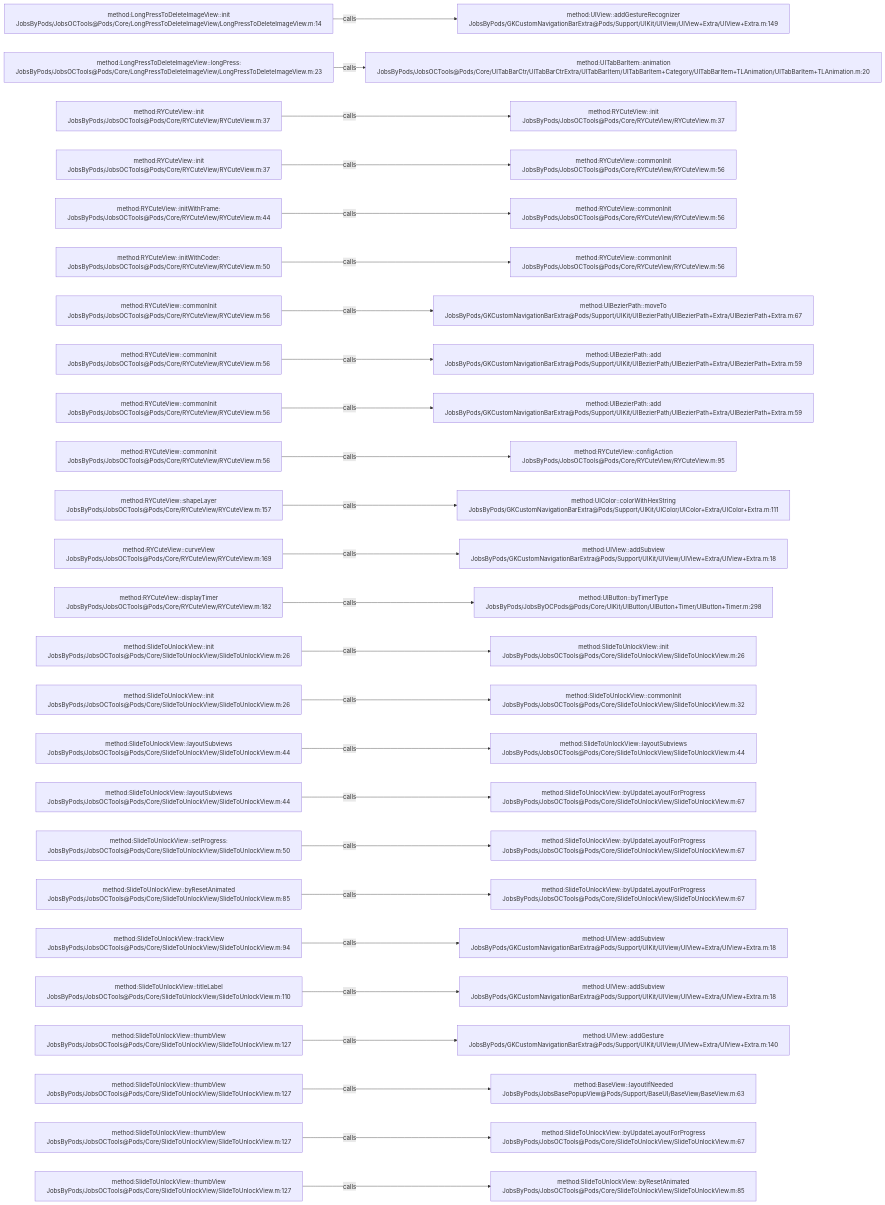
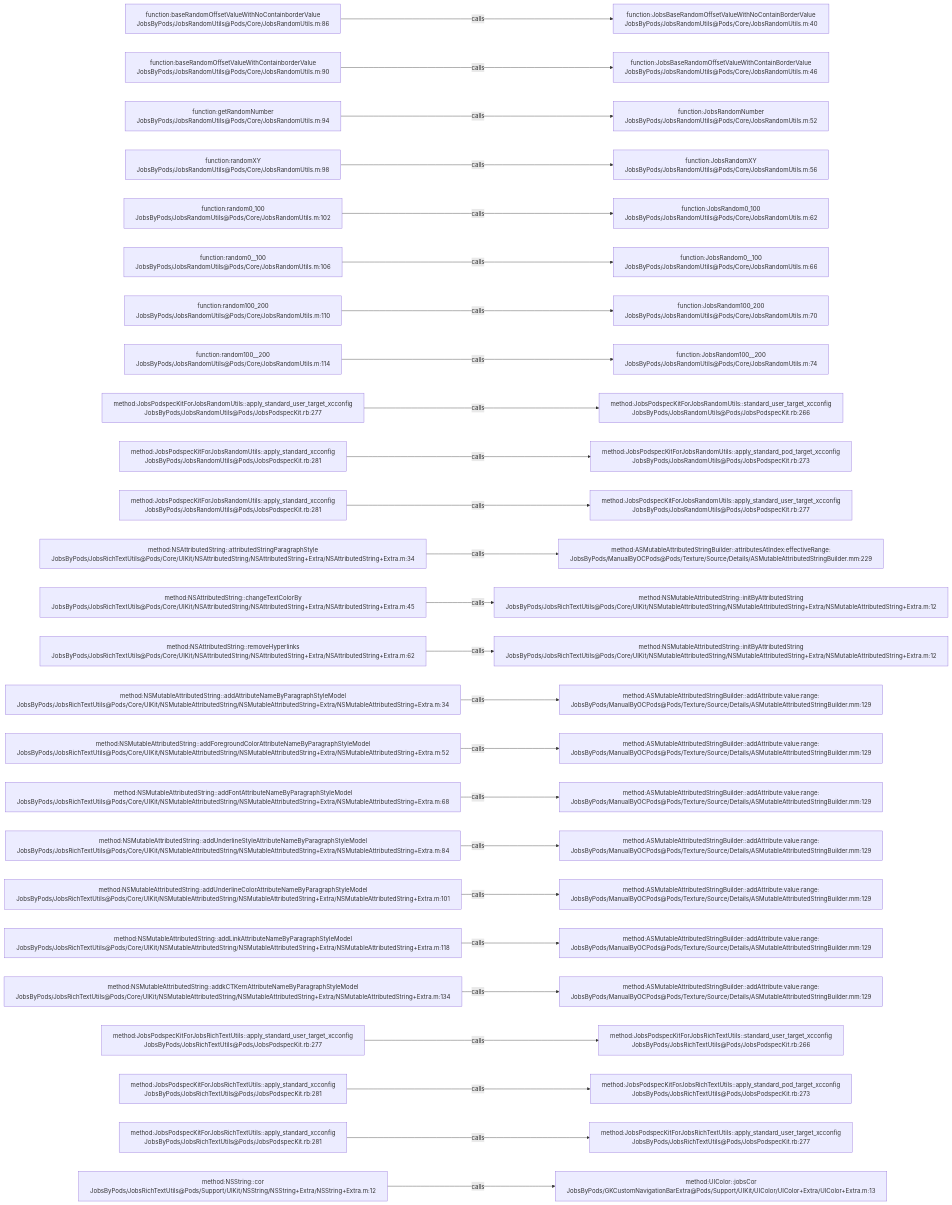
One commit to JobsKits/JobsOCBaseConfigDemo changed the diagram in .codegraph/codegraph.md/graphs/calls-158.md. Above: the diagram before and after it, drawn with Mermaid. The commit also changed 639 other files, not shown here.

````diff
--- a/.codegraph/codegraph.md/graphs/calls-158.md
+++ b/.codegraph/codegraph.md/graphs/calls-158.md
@@ -13,78 +13,78 @@
 ```mermaid
 flowchart LR
-  S1["method:LongPressToDeleteImageView::init<br/>JobsByPods/JobsOCTools@Pods/Core/LongPressToDeleteImageView/LongPressToDeleteImageView.m:14"]
-  T1["method:UIView::addGestureRecognizer<br/>JobsByPods/GKCustomNavigationBarExtra@Pods/Support/UIKit/UIView/UIView+Extra/UIView+Extra.m:149"]
+  S1["function:baseRandomOffsetValueWithNoContainborderValue<br/>JobsByPods/JobsRandomUtils@Pods/Core/JobsRandomUtils.m:86"]
+  T1["function:JobsBaseRandomOffsetValueWithNoContainBorderValue<br/>JobsByPods/JobsRandomUtils@Pods/Core/JobsRandomUtils.m:40"]
   S1 -->|calls| T1
-  S2["method:LongPressToDeleteImageView::longPress:<br/>JobsByPods/JobsOCTools@Pods/Core/LongPressToDeleteImageView/LongPressToDeleteImageView.m:23"]
-  T2["method:UITabBarItem::animation<br/>JobsByPods/JobsOCTools@Pods/Core/UITabBarCtr/UITabBarCtrExtra/UITabBarItem/UITabBarItem+Category/UITabBarItem+TLAnimation/UITabBarItem+TLAnimation.m:20"]
+  S2["function:baseRandomOffsetValueWithContainborderValue<br/>JobsByPods/JobsRandomUtils@Pods/Core/JobsRandomUtils.m:90"]
+  T2["function:JobsBaseRandomOffsetValueWithContainBorderValue<br/>JobsByPods/JobsRandomUtils@Pods/Core/JobsRandomUtils.m:46"]
   S2 -->|calls| T2
-  S3["method:RYCuteView::init<br/>JobsByPods/JobsOCTools@Pods/Core/RYCuteView/RYCuteView.m:37"]
-  T3["method:RYCuteView::init<br/>JobsByPods/JobsOCTools@Pods/Core/RYCuteView/RYCuteView.m:37"]
+  S3["function:getRandomNumber<br/>JobsByPods/JobsRandomUtils@Pods/Core/JobsRandomUtils.m:94"]
+  T3["function:JobsRandomNumber<br/>JobsByPods/JobsRandomUtils@Pods/Core/JobsRandomUtils.m:52"]
   S3 -->|calls| T3
-  S4["method:RYCuteView::init<br/>JobsByPods/JobsOCTools@Pods/Core/RYCuteView/RYCuteView.m:37"]
-  T4["method:RYCuteView::commonInit<br/>JobsByPods/JobsOCTools@Pods/Core/RYCuteView/RYCuteView.m:56"]
+  S4["function:randomXY<br/>JobsByPods/JobsRandomUtils@Pods/Core/JobsRandomUtils.m:98"]
+  T4["function:JobsRandomXY<br/>JobsByPods/JobsRandomUtils@Pods/Core/JobsRandomUtils.m:56"]
   S4 -->|calls| T4
-  S5["method:RYCuteView::initWithFrame:<br/>JobsByPods/JobsOCTools@Pods/Core/RYCuteView/RYCuteView.m:44"]
-  T5["method:RYCuteView::commonInit<br/>JobsByPods/JobsOCTools@Pods/Core/RYCuteView/RYCuteView.m:56"]
+  S5["function:random0_100<br/>JobsByPods/JobsRandomUtils@Pods/Core/JobsRandomUtils.m:102"]
+  T5["function:JobsRandom0_100<br/>JobsByPods/JobsRandomUtils@Pods/Core/JobsRandomUtils.m:62"]
   S5 -->|calls| T5
-  S6["method:RYCuteView::initWithCoder:<br/>JobsByPods/JobsOCTools@Pods/Core/RYCuteView/RYCuteView.m:50"]
-  T6["method:RYCuteView::commonInit<br/>JobsByPods/JobsOCTools@Pods/Core/RYCuteView/RYCuteView.m:56"]
+  S6["function:random0__100<br/>JobsByPods/JobsRandomUtils@Pods/Core/JobsRandomUtils.m:106"]
+  T6["function:JobsRandom0__100<br/>JobsByPods/JobsRandomUtils@Pods/Core/JobsRandomUtils.m:66"]
   S6 -->|calls| T6
-  S7["method:RYCuteView::commonInit<br/>JobsByPods/JobsOCTools@Pods/Core/RYCuteView/RYCuteView.m:56"]
-  T7["method:UIBezierPath::moveTo<br/>JobsByPods/GKCustomNavigationBarExtra@Pods/Support/UIKit/UIBezierPath/UIBezierPath+Extra/UIBezierPath+Extra.m:67"]
+  S7["function:random100_200<br/>JobsByPods/JobsRandomUtils@Pods/Core/JobsRandomUtils.m:110"]
+  T7["function:JobsRandom100_200<br/>JobsByPods/JobsRandomUtils@Pods/Core/JobsRandomUtils.m:70"]
   S7 -->|calls| T7
-  S8["method:RYCuteView::commonInit<br/>JobsByPods/JobsOCTools@Pods/Core/RYCuteView/RYCuteView.m:56"]
-  T8["method:UIBezierPath::add<br/>JobsByPods/GKCustomNavigationBarExtra@Pods/Support/UIKit/UIBezierPath/UIBezierPath+Extra/UIBezierPath+Extra.m:59"]
+  S8["function:random100__200<br/>JobsByPods/JobsRandomUtils@Pods/Core/JobsRandomUtils.m:114"]
+  T8["function:JobsRandom100__200<br/>JobsByPods/JobsRandomUtils@Pods/Core/JobsRandomUtils.m:74"]
   S8 -->|calls| T8
-  S9["method:RYCuteView::commonInit<br/>JobsByPods/JobsOCTools@Pods/Core/RYCuteView/RYCuteView.m:56"]
-  T9["method:UIBezierPath::add<br/>JobsByPods/GKCustomNavigationBarExtra@Pods/Support/UIKit/UIBezierPath/UIBezierPath+Extra/UIBezierPath+Extra.m:59"]
+  S9["method:JobsPodspecKitForJobsRandomUtils::apply_standard_user_target_xcconfig<br/>JobsByPods/JobsRandomUtils@Pods/JobsPodspecKit.rb:277"]
+  T9["method:JobsPodspecKitForJobsRandomUtils::standard_user_target_xcconfig<br/>JobsByPods/JobsRandomUtils@Pods/JobsPodspecKit.rb:266"]
   S9 -->|calls| T9
-  S10["method:RYCuteView::commonInit<br/>JobsByPods/JobsOCTools@Pods/Core/RYCuteView/RYCuteView.m:56"]
-  T10["method:RYCuteView::configAction<br/>JobsByPods/JobsOCTools@Pods/Core/RYCuteView/RYCuteView.m:95"]
+  S10["method:JobsPodspecKitForJobsRandomUtils::apply_standard_xcconfig<br/>JobsByPods/JobsRandomUtils@Pods/JobsPodspecKit.rb:281"]
+  T10["method:JobsPodspecKitForJobsRandomUtils::apply_standard_pod_target_xcconfig<br/>JobsByPods/JobsRandomUtils@Pods/JobsPodspecKit.rb:273"]
   S10 -->|calls| T10
-  S11["method:RYCuteView::shapeLayer<br/>JobsByPods/JobsOCTools@Pods/Core/RYCuteView/RYCuteView.m:157"]
-  T11["method:UIColor::colorWithHexString<br/>JobsByPods/GKCustomNavigationBarExtra@Pods/Support/UIKit/UIColor/UIColor+Extra/UIColor+Extra.m:111"]
+  S11["method:JobsPodspecKitForJobsRandomUtils::apply_standard_xcconfig<br/>JobsByPods/JobsRandomUtils@Pods/JobsPodspecKit.rb:281"]
+  T11["method:JobsPodspecKitForJobsRandomUtils::apply_standard_user_target_xcconfig<br/>JobsByPods/JobsRandomUtils@Pods/JobsPodspecKit.rb:277"]
   S11 -->|calls| T11
-  S12["method:RYCuteView::curveView<br/>JobsByPods/JobsOCTools@Pods/Core/RYCuteView/RYCuteView.m:169"]
-  T12["method:UIView::addSubview<br/>JobsByPods/GKCustomNavigationBarExtra@Pods/Support/UIKit/UIView/UIView+Extra/UIView+Extra.m:18"]
+  S12["method:NSAttributedString::attributedStringParagraphStyle<br/>JobsByPods/JobsRichTextUtils@Pods/Core/UIKit/NSAttributedString/NSAttributedString+Extra/NSAttributedString+Extra.m:34"]
+  T12["method:ASMutableAttributedStringBuilder::attributesAtIndex:effectiveRange:<br/>JobsByPods/ManualByOCPods@Pods/Texture/Source/Details/ASMutableAttributedStringBuilder.mm:229"]
   S12 -->|calls| T12
-  S13["method:RYCuteView::displayTimer<br/>JobsByPods/JobsOCTools@Pods/Core/RYCuteView/RYCuteView.m:182"]
-  T13["method:UIButton::byTimerType<br/>JobsByPods/JobsByOCPods@Pods/Core/UIKit/UIButton/UIButton+Timer/UIButton+Timer.m:298"]
+  S13["method:NSAttributedString::changeTextColorBy<br/>JobsByPods/JobsRichTextUtils@Pods/Core/UIKit/NSAttributedString/NSAttributedString+Extra/NSAttributedString+Extra.m:45"]
+  T13["method:NSMutableAttributedString::initByAttributedString<br/>JobsByPods/JobsRichTextUtils@Pods/Core/UIKit/NSMutableAttributedString/NSMutableAttributedString+Extra/NSMutableAttributedString+Extra.m:12"]
   S13 -->|calls| T13
-  S14["method:SlideToUnlockView::init<br/>JobsByPods/JobsOCTools@Pods/Core/SlideToUnlockView/SlideToUnlockView.m:26"]
-  T14["method:SlideToUnlockView::init<br/>JobsByPods/JobsOCTools@Pods/Core/SlideToUnlockView/SlideToUnlockView.m:26"]
+  S14["method:NSAttributedString::removeHyperlinks<br/>JobsByPods/JobsRichTextUtils@Pods/Core/UIKit/NSAttributedString/NSAttributedString+Extra/NSAttributedString+Extra.m:62"]
+  T14["method:NSMutableAttributedString::initByAttributedString<br/>JobsByPods/JobsRichTextUtils@Pods/Core/UIKit/NSMutableAttributedString/NSMutableAttributedString+Extra/NSMutableAttributedString+Extra.m:12"]
   S14 -->|calls| T14
-  S15["method:SlideToUnlockView::init<br/>JobsByPods/JobsOCTools@Pods/Core/SlideToUnlockView/SlideToUnlockView.m:26"]
-  T15["method:SlideToUnlockView::commonInit<br/>JobsByPods/JobsOCTools@Pods/Core/SlideToUnlockView/SlideToUnlockView.m:32"]
+  S15["method:NSMutableAttributedString::addAttributeNameByParagraphStyleModel<br/>JobsByPods/JobsRichTextUtils@Pods/Core/UIKit/NSMutableAttributedString/NSMutableAttributedString+Extra/NSMutableAttributedString+Extra.m:34"]
+  T15["method:ASMutableAttributedStringBuilder::addAttribute:value:range:<br/>JobsByPods/ManualByOCPods@Pods/Texture/Source/Details/ASMutableAttributedStringBuilder.mm:129"]
   S15 -->|calls| T15
-  S16["method:SlideToUnlockView::layoutSubviews<br/>JobsByPods/JobsOCTools@Pods/Core/SlideToUnlockView/SlideToUnlockView.m:44"]
-  T16["method:SlideToUnlockView::layoutSubviews<br/>JobsByPods/JobsOCTools@Pods/Core/SlideToUnlockView/SlideToUnlockView.m:44"]
+  S16["method:NSMutableAttributedString::addForegroundColorAttributeNameByParagraphStyleModel<br/>JobsByPods/JobsRichTextUtils@Pods/Core/UIKit/NSMutableAttributedString/NSMutableAttributedString+Extra/NSMutableAttributedString+Extra.m:52"]
+  T16["method:ASMutableAttributedStringBuilder::addAttribute:value:range:<br/>JobsByPods/ManualByOCPods@Pods/Texture/Source/Details/ASMutableAttributedStringBuilder.mm:129"]
   S16 -->|calls| T16
-  S17["method:SlideToUnlockView::layoutSubviews<br/>JobsByPods/JobsOCTools@Pods/Core/SlideToUnlockView/SlideToUnlockView.m:44"]
-  T17["method:SlideToUnlockView::byUpdateLayoutForProgress<br/>JobsByPods/JobsOCTools@Pods/Core/SlideToUnlockView/SlideToUnlockView.m:67"]
+  S17["method:NSMutableAttributedString::addFontAttributeNameByParagraphStyleModel<br/>JobsByPods/JobsRichTextUtils@Pods/Core/UIKit/NSMutableAttributedString/NSMutableAttributedString+Extra/NSMutableAttributedString+Extra.m:68"]
+  T17["method:ASMutableAttributedStringBuilder::addAttribute:value:range:<br/>JobsByPods/ManualByOCPods@Pods/Texture/Source/Details/ASMutableAttributedStringBuilder.mm:129"]
   S17 -->|calls| T17
-  S18["method:SlideToUnlockView::setProgress:<br/>JobsByPods/JobsOCTools@Pods/Core/SlideToUnlockView/SlideToUnlockView.m:50"]
-  T18["method:SlideToUnlockView::byUpdateLayoutForProgress<br/>JobsByPods/JobsOCTools@Pods/Core/SlideToUnlockView/SlideToUnlockView.m:67"]
+  S18["method:NSMutableAttributedString::addUnderlineStyleAttributeNameByParagraphStyleModel<br/>JobsByPods/JobsRichTextUtils@Pods/Core/UIKit/NSMutableAttributedString/NSMutableAttributedString+Extra/NSMutableAttributedString+Extra.m:84"]
+  T18["method:ASMutableAttributedStringBuilder::addAttribute:value:range:<br/>JobsByPods/ManualByOCPods@Pods/Texture/Source/Details/ASMutableAttributedStringBuilder.mm:129"]
   S18 -->|calls| T18
-  S19["method:SlideToUnlockView::byResetAnimated<br/>JobsByPods/JobsOCTools@Pods/Core/SlideToUnlockView/SlideToUnlockView.m:85"]
-  T19["method:SlideToUnlockView::byUpdateLayoutForProgress<br/>JobsByPods/JobsOCTools@Pods/Core/SlideToUnlockView/SlideToUnlockView.m:67"]
+  S19["method:NSMutableAttributedString::addUnderlineColorAttributeNameByParagraphStyleModel<br/>JobsByPods/JobsRichTextUtils@Pods/Core/UIKit/NSMutableAttributedString/NSMutableAttributedString+Extra/NSMutableAttributedString+Extra.m:101"]
+  T19["method:ASMutableAttributedStringBuilder::addAttribute:value:range:<br/>JobsByPods/ManualByOCPods@Pods/Texture/Source/Details/ASMutableAttributedStringBuilder.mm:129"]
   S19 -->|calls| T19
-  S20["method:SlideToUnlockView::trackView<br/>JobsByPods/JobsOCTools@Pods/Core/SlideToUnlockView/SlideToUnlockView.m:94"]
-  T20["method:UIView::addSubview<br/>JobsByPods/GKCustomNavigationBarExtra@Pods/Support/UIKit/UIView/UIView+Extra/UIView+Extra.m:18"]
+  S20["method:NSMutableAttributedString::addLinkAttributeNameByParagraphStyleModel<br/>JobsByPods/JobsRichTextUtils@Pods/Core/UIKit/NSMutableAttributedString/NSMutableAttributedString+Extra/NSMutableAttributedString+Extra.m:118"]
+  T20["method:ASMutableAttributedStringBuilder::addAttribute:value:range:<br/>JobsByPods/ManualByOCPods@Pods/Texture/Source/Details/ASMutableAttributedStringBuilder.mm:129"]
   S20 -->|calls| T20
-  S21["method:SlideToUnlockView::titleLabel<br/>JobsByPods/JobsOCTools@Pods/Core/SlideToUnlockView/SlideToUnlockView.m:110"]
-  T21["method:UIView::addSubview<br/>JobsByPods/GKCustomNavigationBarExtra@Pods/Support/UIKit/UIView/UIView+Extra/UIView+Extra.m:18"]
+  S21["method:NSMutableAttributedString::addkCTKernAttributeNameByParagraphStyleModel<br/>JobsByPods/JobsRichTextUtils@Pods/Core/UIKit/NSMutableAttributedString/NSMutableAttributedString+Extra/NSMutableAttributedString+Extra.m:134"]
+  T21["method:ASMutableAttributedStringBuilder::addAttribute:value:range:<br/>JobsByPods/ManualByOCPods@Pods/Texture/Source/Details/ASMutableAttributedStringBuilder.mm:129"]
   S21 -->|calls| T21
-  S22["method:SlideToUnlockView::thumbView<br/>JobsByPods/JobsOCTools@Pods/Core/SlideToUnlockView/SlideToUnlockView.m:127"]
-  T22["method:UIView::addGesture<br/>JobsByPods/GKCustomNavigationBarExtra@Pods/Support/UIKit/UIView/UIView+Extra/UIView+Extra.m:140"]
+  S22["method:JobsPodspecKitForJobsRichTextUtils::apply_standard_user_target_xcconfig<br/>JobsByPods/JobsRichTextUtils@Pods/JobsPodspecKit.rb:277"]
+  T22["method:JobsPodspecKitForJobsRichTextUtils::standard_user_target_xcconfig<br/>JobsByPods/JobsRichTextUtils@Pods/JobsPodspecKit.rb:266"]
   S22 -->|calls| T22
-  S23["method:SlideToUnlockView::thumbView<br/>JobsByPods/JobsOCTools@Pods/Core/SlideToUnlockView/SlideToUnlockView.m:127"]
-  T23["method:BaseView::layoutIfNeeded<br/>JobsByPods/JobsBasePopupView@Pods/Support/BaseUI/BaseView/BaseView.m:63"]
+  S23["method:JobsPodspecKitForJobsRichTextUtils::apply_standard_xcconfig<br/>JobsByPods/JobsRichTextUtils@Pods/JobsPodspecKit.rb:281"]
+  T23["method:JobsPodspecKitForJobsRichTextUtils::apply_standard_pod_target_xcconfig<br/>JobsByPods/JobsRichTextUtils@Pods/JobsPodspecKit.rb:273"]
   S23 -->|calls| T23
-  S24["method:SlideToUnlockView::thumbView<br/>JobsByPods/JobsOCTools@Pods/Core/SlideToUnlockView/SlideToUnlockView.m:127"]
-  T24["method:SlideToUnlockView::byUpdateLayoutForProgress<br/>JobsByPods/JobsOCTools@Pods/Core/SlideToUnlockView/SlideToUnlockView.m:67"]
+  S24["method:JobsPodspecKitForJobsRichTextUtils::apply_standard_xcconfig<br/>JobsByPods/JobsRichTextUtils@Pods/JobsPodspecKit.rb:281"]
+  T24["method:JobsPodspecKitForJobsRichTextUtils::apply_standard_user_target_xcconfig<br/>JobsByPods/JobsRichTextUtils@Pods/JobsPodspecKit.rb:277"]
   S24 -->|calls| T24
-  S25["method:SlideToUnlockView::thumbView<br/>JobsByPods/JobsOCTools@Pods/Core/SlideToUnlockView/SlideToUnlockView.m:127"]
-  T25["method:SlideToUnlockView::byResetAnimated<br/>JobsByPods/JobsOCTools@Pods/Core/SlideToUnlockView/SlideToUnlockView.m:85"]
+  S25["method:NSString::cor<br/>JobsByPods/JobsRichTextUtils@Pods/Support/UIKit/NSString/NSString+Extra/NSString+Extra.m:12"]
+  T25["method:UIColor::jobsCor<br/>JobsByPods/GKCustomNavigationBarExtra@Pods/Support/UIKit/UIColor/UIColor+Extra/UIColor+Extra.m:13"]
   S25 -->|calls| T25
 ```
````
